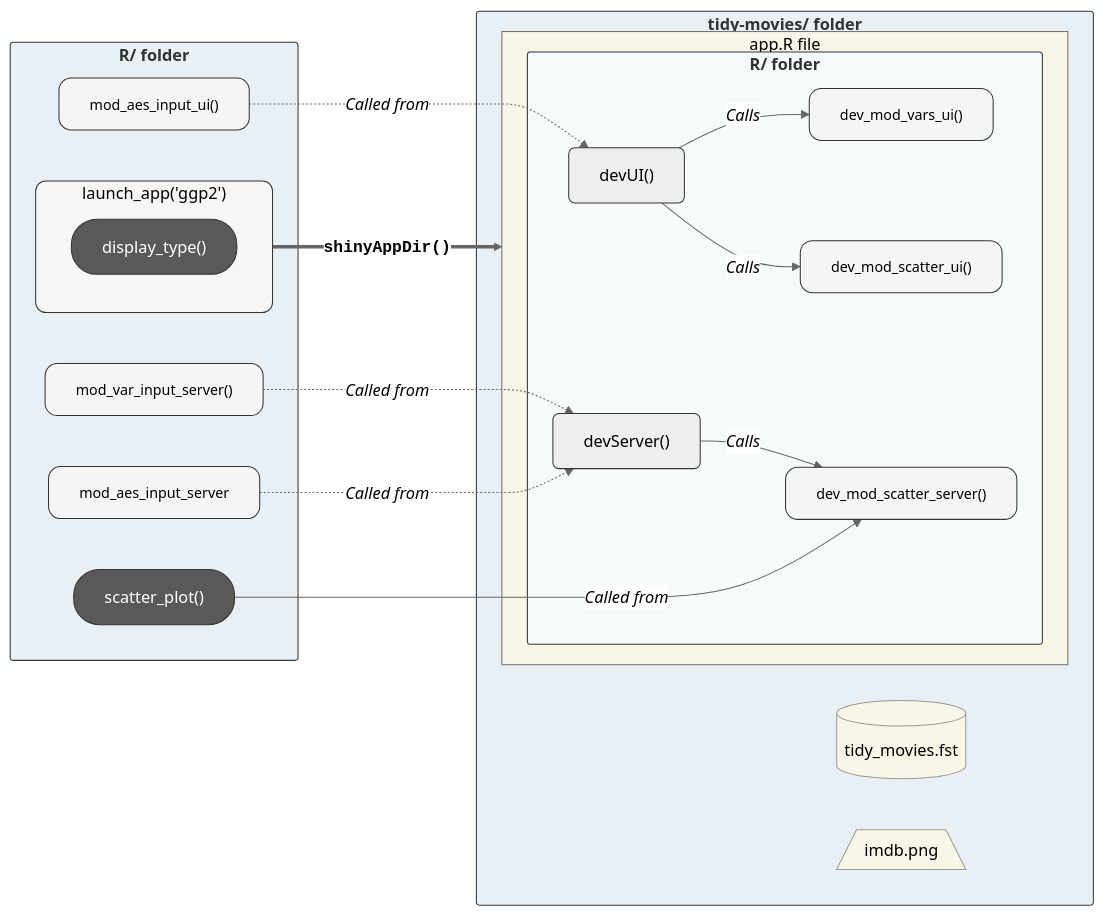
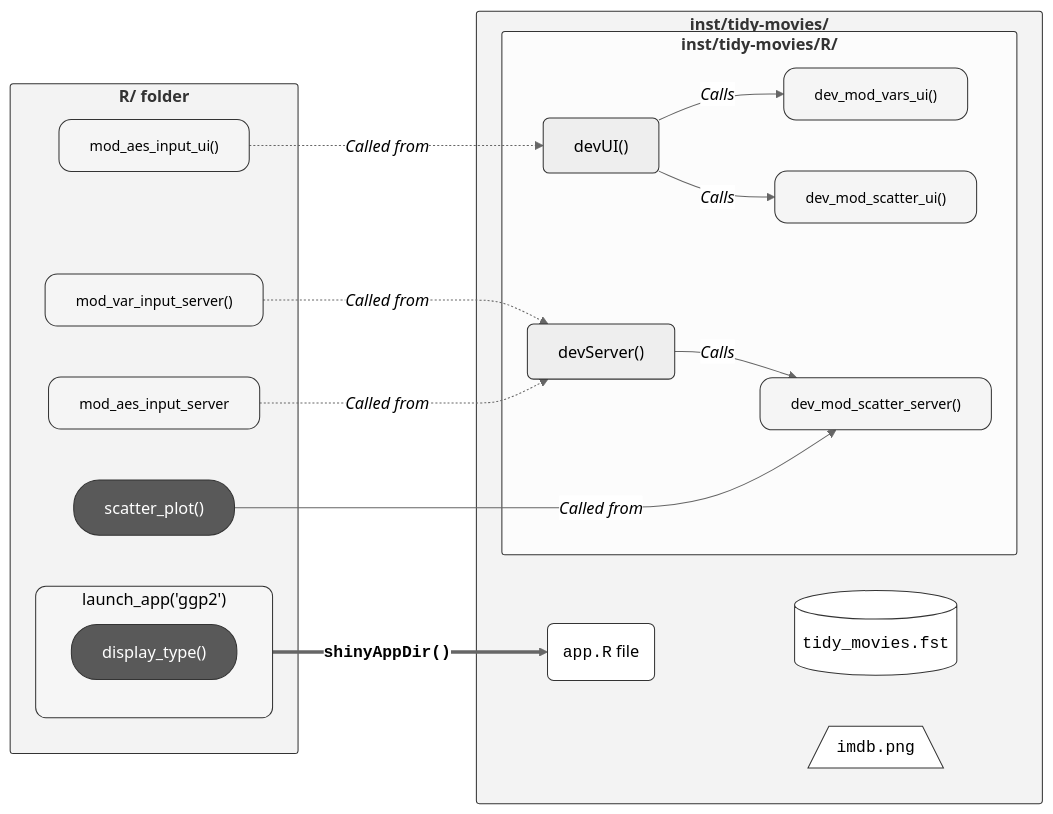
The first of 2 diagrams in logging.qmd (mjfrigaard/shiny-app-pkgs), drawn with Mermaid before and after one commit. The commit also changed other lines of this file and 63 other files, not shown here.

````diff
--- a/logging.qmd
+++ b/logging.qmd
@@ -83,65 +83,66 @@
 ```{mermaid}
 %%| fig-cap: 'Architecture of app functions in `inst/tidy-movies/` folder'
 %%| fig-align: center
 %%{init: {'theme': 'neutral', 'themeVariables': { 'fontFamily': 'monospace', "fontSize":"16px"}}}%%
 flowchart LR
         subgraph R["<strong>R/ folder</strong>"]
             subgraph launch["launch_app('ggp2')"]
                 display_type["display_type()"]
             end
                 mod_aes_input_ui["mod_aes_input_ui()"]
                 mod_aes_input_server["mod_aes_input_server"]
                 mod_var_input_server["mod_var_input_server()"]
                 scatter_plot["scatter_plot()"]
         end
 
-        subgraph tidy_movies["<strong>tidy-movies/ folder</strong>"]
-            subgraph app["app.R file"]
-                subgraph SubR["<strong>R/ folder</strong>"]
+        subgraph tidy_movies["<strong>inst/tidy-movies/</strong>"]
+
+                subgraph SubR["<strong>inst/tidy-movies/R/</strong>"]
                 devUI["devUI()"]
                 dev_mod_vars_ui["dev_mod_vars_ui()"]
                 dev_mod_scatter_ui["dev_mod_scatter_ui()"]
                 devUI -->|"<em>Calls</em>"|dev_mod_vars_ui & dev_mod_scatter_ui
                 devServer["devServer()"]
                 dev_mod_scatter_server["dev_mod_scatter_server()"]
                 devServer -->|"<em>Calls</em>"|dev_mod_scatter_server
                 end
-            end
-            data[("tidy_movies.fst")]
-            img[/"imdb.png"\]
+
+            data[("<code>tidy_movies.fst"</code>)]
+            img[/"<code>imdb.png</code>"\]
+            appdotr("<code>app.R</code> file")
         end
         
 
-        launch ==> |"<strong><code>shinyAppDir()</code></strong>"|app
+        launch ==> |"<strong><code>shinyAppDir()</code></strong>"|appdotr
         mod_aes_input_ui -.->|"<em>Called from</em>"|devUI
         mod_var_input_server & mod_aes_input_server -.->|"<em>Called from</em>"|devServer
         scatter_plot --> |"<em>Called from</em>"|dev_mod_scatter_server
         
         
     %% R/
-    style R fill:#e8f0f5,stroke:#333,stroke-width:1px,rx:3,ry:3
+    style R fill:#f3f3f3,stroke:#333,stroke-width:1px,rx:3,ry:3
     %% standalone app function
     style launch fill:#F6F6F6,color:#000,stroke:#333,stroke-width:1px,rx:10,ry:10
     %% modules 
     style mod_var_input_server font-size:14px,color:#000,fill:#f5f5f5,stroke:#333,stroke-width:1px,rx:12,ry:12
     style mod_aes_input_ui font-size:14px,color:#000,fill:#f5f5f5,stroke:#333,stroke-width:1px,rx:12,ry:12
     style mod_aes_input_server font-size:14px,color:#000,fill:#f5f5f5,stroke:#333,stroke-width:1px,rx:12,ry:12
     %% utility functions
     style scatter_plot fill:#595959,color:#FFF,stroke:#333,stroke-width:1px,rx:25,ry:25
     style display_type fill:#595959,color:#FFF,stroke:#333,stroke-width:1px,rx:25,ry:25
     
     %% tidy-movies/ 
-    style tidy_movies fill:#e8f0f5,stroke:#333,stroke-width:1px,rx:3,ry:3
+    style tidy_movies fill:#f3f3f3,stroke:#333,stroke-width:1px,rx:3,ry:3
     %% tidy-movies/R
-    style SubR fill:#f7fafb,stroke:#333,stroke-width:1px,rx:3,ry:3
+    style SubR fill:#fcfcfc,stroke:#333,stroke-width:1px,rx:3,ry:3
     %% tidy-movies/R/ files
     style devUI stroke:#333,stroke-width:1px,rx:6,ry:6
     style devServer stroke:#333,stroke-width:1px,rx:6,ry:6
     style dev_mod_scatter_server font-size:14px,color:#000,fill:#f5f5f5,stroke:#333,stroke-width:1px,rx:12,ry:12
     style dev_mod_scatter_ui font-size:14px,color:#000,fill:#f5f5f5,stroke:#333,stroke-width:1px,rx:12,ry:12
     style dev_mod_vars_ui font-size:14px,color:#000,fill:#f5f5f5,stroke:#333,stroke-width:1px,rx:12,ry:12
     %% files 
-    style app fill:#f8f6e7,color:#000
-    style data fill:#f8f6e7,color:#000
-    style img fill:#f8f6e7,color:#000
+    style data fill:#ffffff,color:#000,stroke:#333,stroke-width:1px,rx:6,ry:6
+    style img fill:#ffffff,color:#000,stroke:#333,stroke-width:1px,rx:6,ry:6
+    style appdotr fill:#ffffff,color:#000,stroke:#333,stroke-width:1px,rx:6,ry:6
 ```
````
